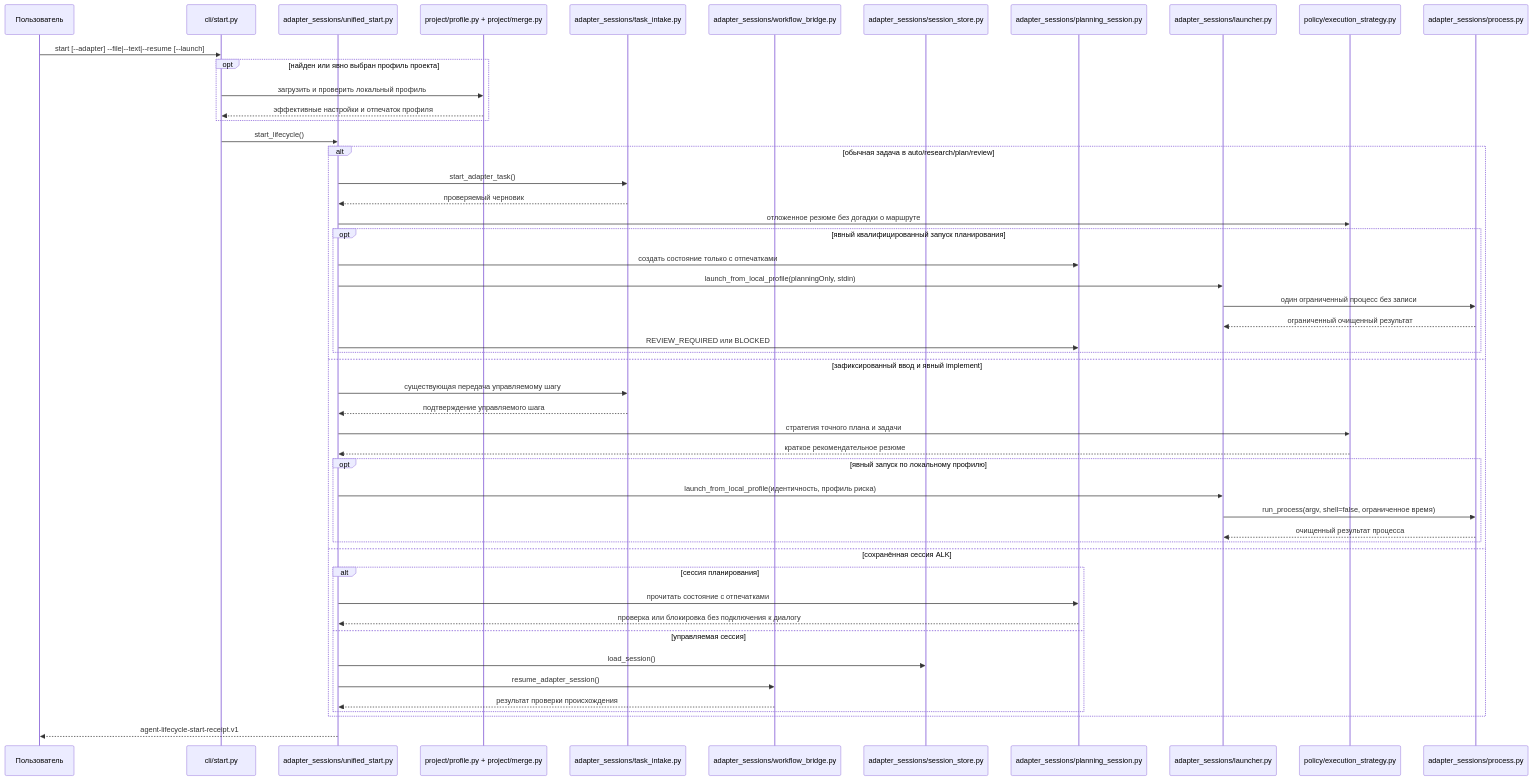
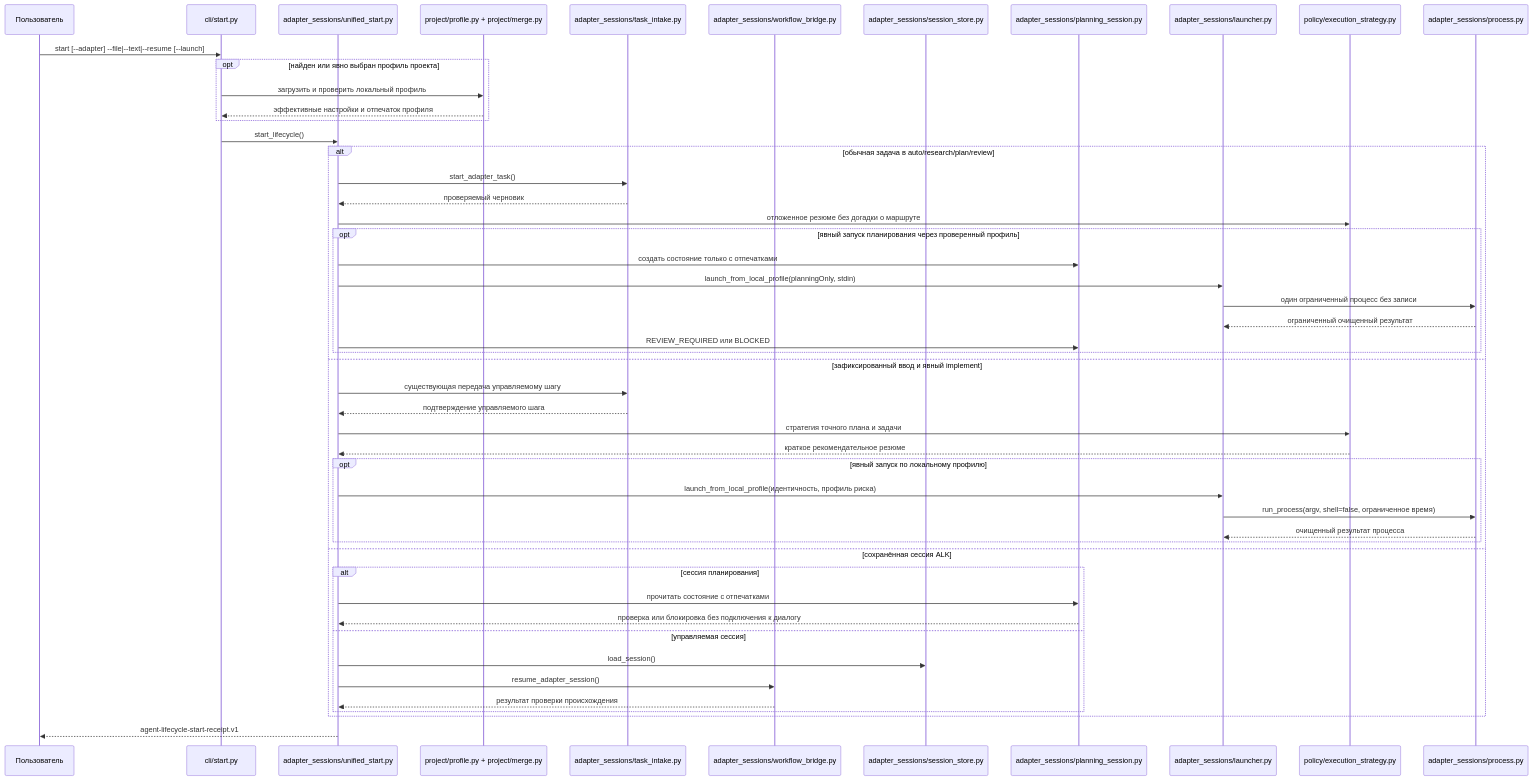
One commit to avksp/agent-lifecycle-kit changed the seventh of 17 diagrams in docs/ru/architecture/system-architecture.md. Above: the diagram before and after it, drawn with Mermaid. The commit also changed other lines of this file and 50 other files, not shown here.

````diff
--- a/docs/ru/architecture/system-architecture.md
+++ b/docs/ru/architecture/system-architecture.md
@@ -393,53 +393,53 @@
 ```mermaid
 sequenceDiagram
   participant User as Пользователь
   participant StartCLI as cli/start.py
   participant Start as adapter_sessions/unified_start.py
   participant Profile as project/profile.py + project/merge.py
   participant Intake as adapter_sessions/task_intake.py
   participant Resume as adapter_sessions/workflow_bridge.py
   participant Store as adapter_sessions/session_store.py
   participant PlanningStore as adapter_sessions/planning_session.py
   participant LocalLaunch as adapter_sessions/launcher.py
   participant Strategy as policy/execution_strategy.py
   participant Process as adapter_sessions/process.py
 
   User->>StartCLI: start [--adapter] --file|--text|--resume [--launch]
   opt найден или явно выбран профиль проекта
     StartCLI->>Profile: загрузить и проверить локальный профиль
     Profile-->>StartCLI: эффективные настройки и отпечаток профиля
   end
   StartCLI->>Start: start_lifecycle()
   alt обычная задача в auto/research/plan/review
     Start->>Intake: start_adapter_task()
     Intake-->>Start: проверяемый черновик
     Start->>Strategy: отложенное резюме без догадки о маршруте
-    opt явный квалифицированный запуск планирования
+    opt явный запуск планирования через проверенный профиль
       Start->>PlanningStore: создать состояние только с отпечатками
       Start->>LocalLaunch: launch_from_local_profile(planningOnly, stdin)
       LocalLaunch->>Process: один ограниченный процесс без записи
       Process-->>LocalLaunch: ограниченный очищенный результат
       Start->>PlanningStore: REVIEW_REQUIRED или BLOCKED
     end
   else зафиксированный ввод и явный implement
     Start->>Intake: существующая передача управляемому шагу
     Intake-->>Start: подтверждение управляемого шага
     Start->>Strategy: стратегия точного плана и задачи
     Strategy-->>Start: краткое рекомендательное резюме
     opt явный запуск по локальному профилю
       Start->>LocalLaunch: launch_from_local_profile(идентичность, профиль риска)
       LocalLaunch->>Process: run_process(argv, shell=false, ограниченное время)
       Process-->>LocalLaunch: очищенный результат процесса
     end
   else сохранённая сессия ALK
     alt сессия планирования
       Start->>PlanningStore: прочитать состояние с отпечатками
       PlanningStore-->>Start: проверка или блокировка без подключения к диалогу
     else управляемая сессия
       Start->>Store: load_session()
       Start->>Resume: resume_adapter_session()
       Resume-->>Start: результат проверки происхождения
     end
   end
   Start-->>User: agent-lifecycle-start-receipt.v1
 ```
````
